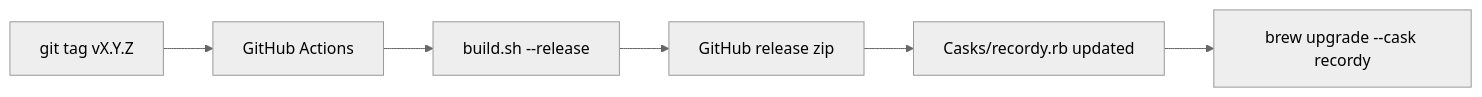
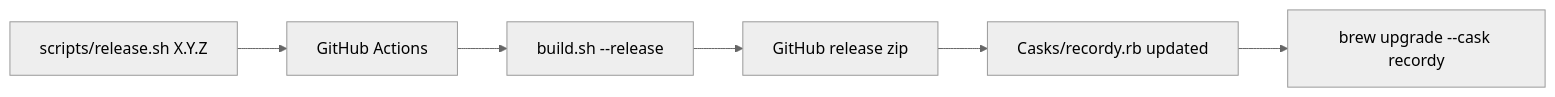
The diagram in README.md (funivan/record123), drawn with Mermaid (neutral theme) before and after one commit. The commit also changed other lines of this file and 1 other file, not shown here.

Commit message:
Add release script

````diff
--- a/README.md
+++ b/README.md
@@ -110,8 +110,8 @@
 ```mermaid
 flowchart LR
-    tag[git tag vX.Y.Z] --> ci[GitHub Actions]
+    tag[scripts/release.sh X.Y.Z] --> ci[GitHub Actions]
     ci --> build[build.sh --release]
     build --> rel[GitHub release zip]
     rel --> cask[Casks/recordy.rb updated]
     cask --> brew[brew upgrade --cask recordy]
 ```
````
